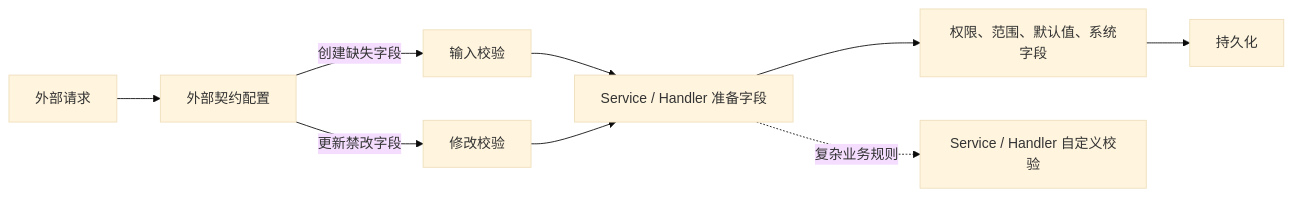
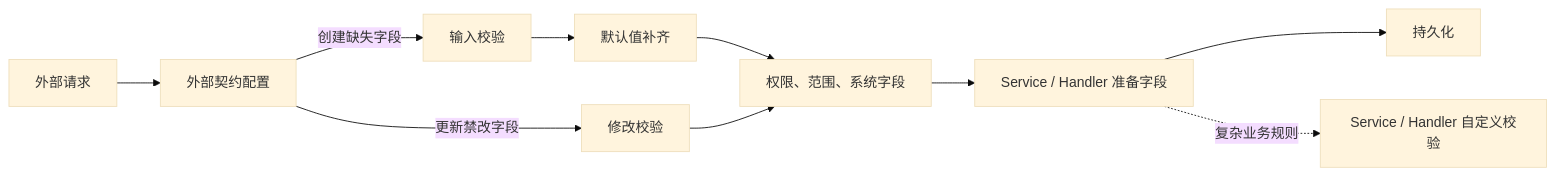
One commit to ent-loom/ent-loom changed the diagram in docs/evolution/decisions/crud/外部输入契约与实体校验边界.md. Above: the diagram before and after it, drawn with Mermaid (base theme). The commit also changed other lines of this file and 73 other files, not shown here.

````diff
--- a/docs/evolution/decisions/crud/外部输入契约与实体校验边界.md
+++ b/docs/evolution/decisions/crud/外部输入契约与实体校验边界.md
@@ -27,11 +27,12 @@
 ```mermaid
 flowchart LR
     Request[外部请求] --> Contract[外部契约配置]
     Contract -->|创建缺失字段| CreateCheck[输入校验]
     Contract -->|更新禁改字段| UpdateCheck[修改校验]
-    CreateCheck --> Prepare[Service / Handler 准备字段]
-    UpdateCheck --> Prepare
-    Prepare --> Governance[权限、范围、默认值、系统字段]
-    Governance --> Persist[持久化]
+    CreateCheck --> Defaults[默认值补齐]
+    Defaults --> Governance[权限、范围、系统字段]
+    UpdateCheck --> Governance
+    Governance --> Prepare[Service / Handler 准备字段]
+    Prepare --> Persist[持久化]
     Prepare -.复杂业务规则.-> Business[Service / Handler 自定义校验]
 ```
````
